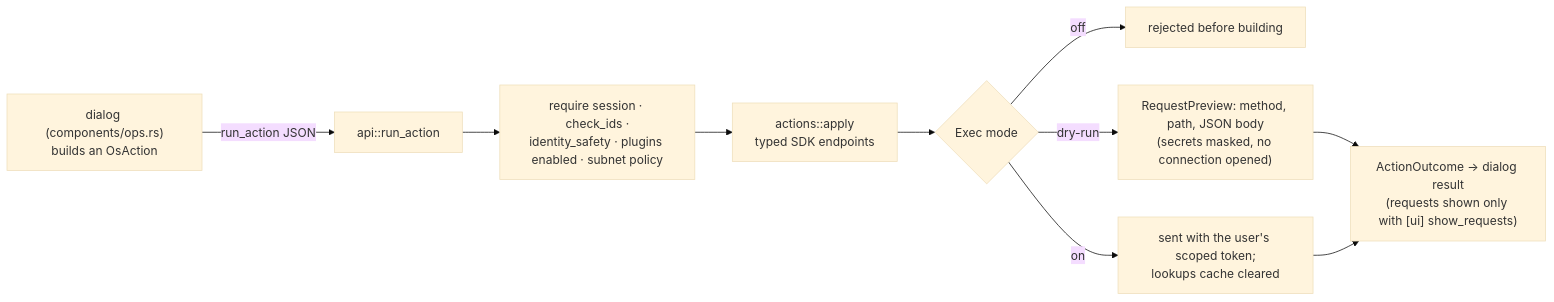
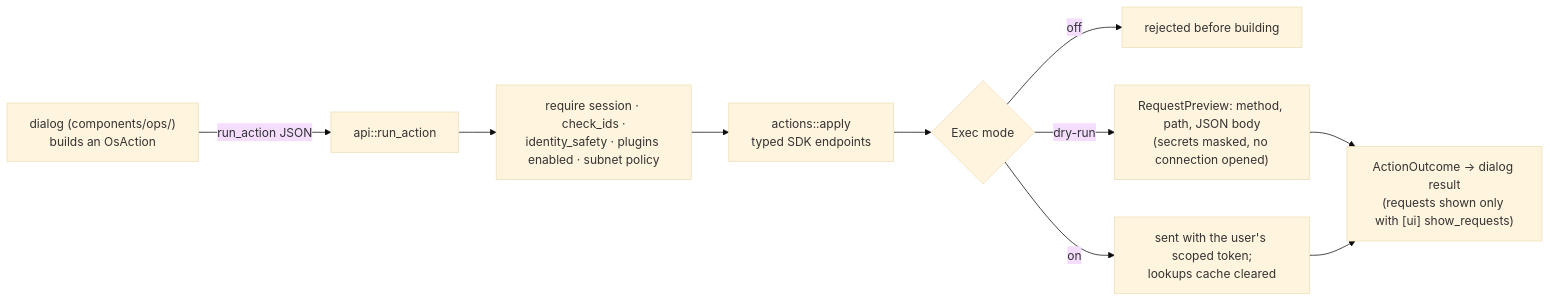
Before and after one commit to dmbuil/moonlight-rs: the seventh of 7 diagrams in ARCHITECTURE.md, drawn with Mermaid (base theme). The commit also changed other lines of this file and 25 other files, not shown here.

First line of the commit message:
Roadmap 106: split components/ops.rs into components/ops/, one file per service

````diff
--- a/ARCHITECTURE.md
+++ b/ARCHITECTURE.md
@@ -379,11 +379,11 @@
 ```mermaid
 flowchart LR
-    UI["dialog (components/ops.rs)<br/>builds an OsAction"] -->|run_action JSON| RA[api::run_action]
+    UI["dialog (components/ops/)<br/>builds an OsAction"] -->|run_action JSON| RA[api::run_action]
     RA --> CHK["require session · check_ids ·<br/>identity_safety · plugins enabled · subnet policy"]
     CHK --> AP["actions::apply<br/>typed SDK endpoints"]
     AP --> EX{Exec mode}
     EX -- off --> R1[rejected before building]
     EX -- dry-run --> R2["RequestPreview: method, path, JSON body<br/>(secrets masked, no connection opened)"]
     EX -- on --> R3["sent with the user's scoped token;<br/>lookups cache cleared"]
     R2 & R3 --> OUT["ActionOutcome → dialog result<br/>(requests shown only with [ui] show_requests)"]
 ```
````
